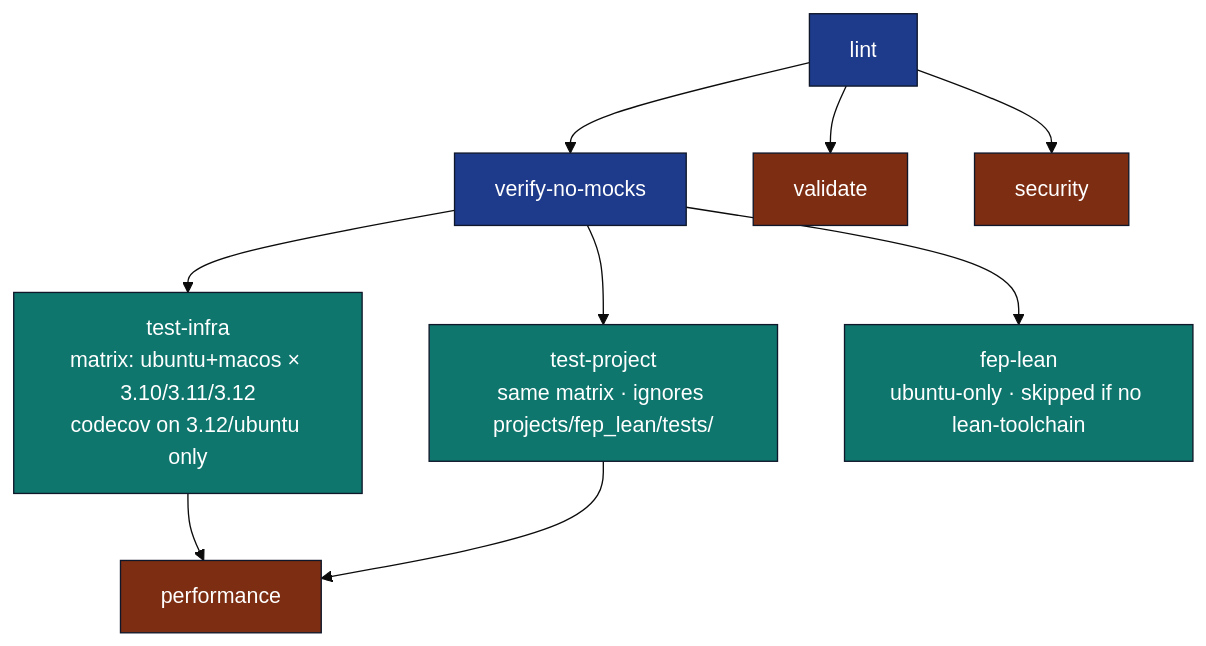
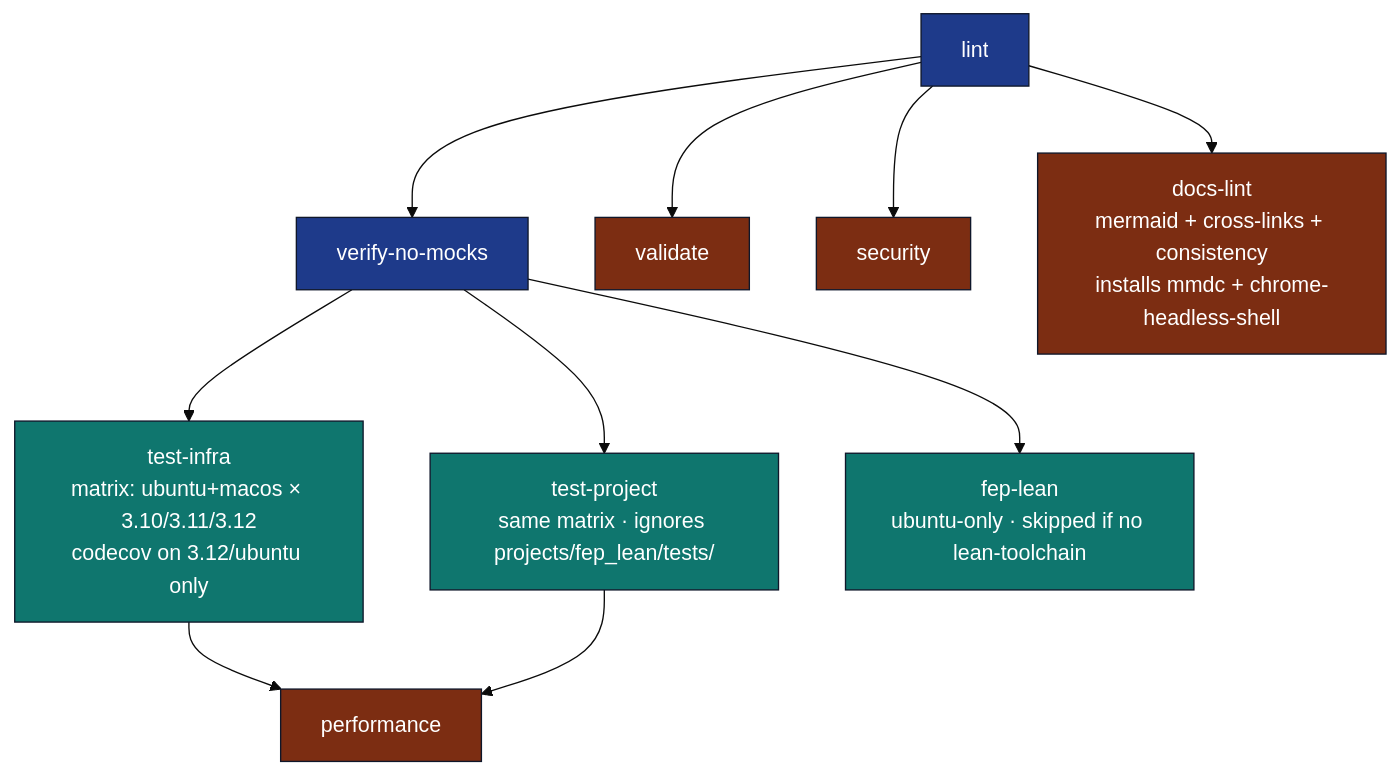
Before and after one commit to docxology/template: the second of 2 diagrams in .github/workflows/AGENTS.md, drawn with Mermaid (base theme). The commit also changed other lines of this file and 210 other files, not shown here.

````diff
--- a/.github/workflows/AGENTS.md
+++ b/.github/workflows/AGENTS.md
@@ -44,18 +44,19 @@
 ```mermaid
 flowchart TB
     LINT[lint] --> VNM[verify-no-mocks]
     LINT --> VAL[validate]
     LINT --> SEC[security]
+    LINT --> DL[docs-lint<br/>mermaid + cross-links + consistency<br/>installs mmdc + chrome-headless-shell]
     VNM --> TI[test-infra<br/>matrix: ubuntu+macos × 3.10/3.11/3.12<br/>codecov on 3.12/ubuntu only]
     VNM --> TP[test-project<br/>same matrix · ignores projects/fep_lean/tests/]
     VNM --> FL[fep-lean<br/>ubuntu-only · skipped if no lean-toolchain]
     TI --> PERF[performance]
     TP --> PERF
 
     classDef gate fill:#1e3a8a,stroke:#0f172a,color:#fff
     classDef matrix fill:#0f766e,stroke:#0f172a,color:#fff
     classDef terminal fill:#7c2d12,stroke:#0f172a,color:#fff
     class LINT,VNM gate
     class TI,TP,FL matrix
-    class VAL,SEC,PERF terminal
+    class VAL,SEC,DL,PERF terminal
 ```
````
